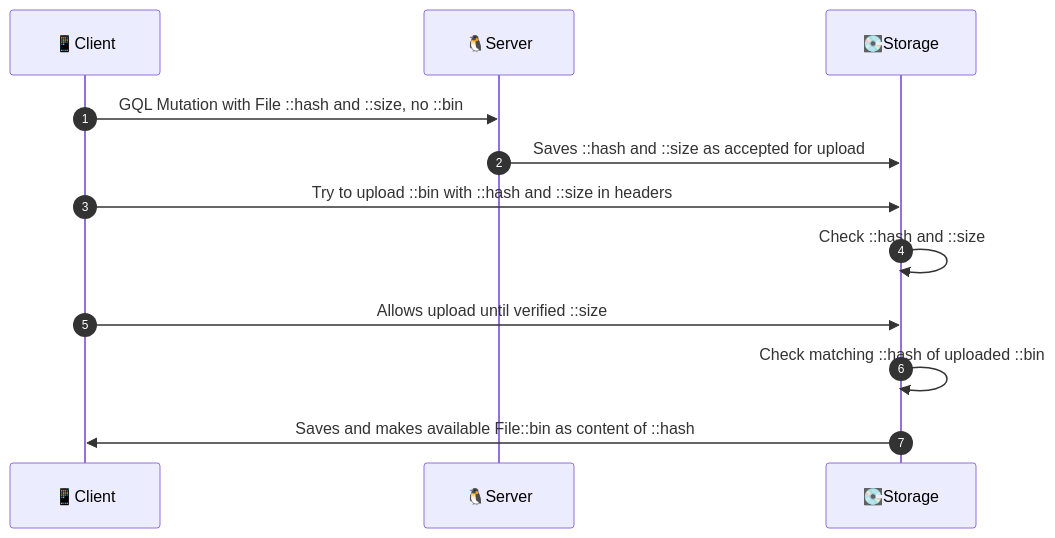
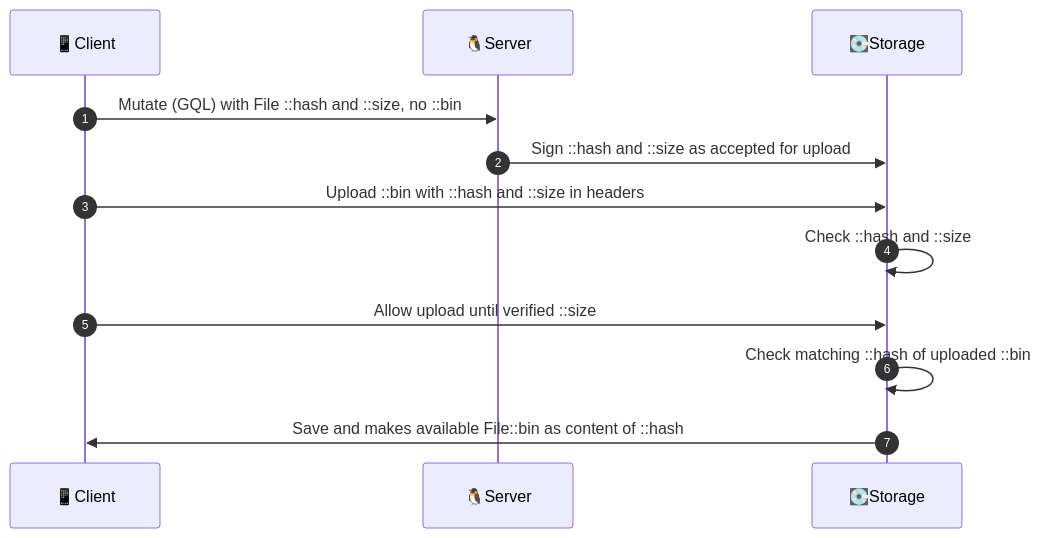
Before and after one commit to interfacerproject/zenflows-crypto: the second of 2 diagrams in README.md, drawn with Mermaid. The commit also changed other lines of this file, not shown here.

````diff
--- a/README.md
+++ b/README.md
@@ -96,14 +97,14 @@
 ```mermaid
 sequenceDiagram
 autonumber
   participant C as 📱Client
   participant S as 🐧Server
   participant F as 💽Storage
-  C->>S: GQL Mutation with File ::hash and ::size, no ::bin
-  S->>F: Saves ::hash and ::size as accepted for upload
-  C->>F: Try to upload ::bin with ::hash and ::size in headers
+  C->>S: Mutate (GQL) with File ::hash and ::size, no ::bin
+  S->>F: Sign ::hash and ::size as accepted for upload
+  C->>F: Upload ::bin with ::hash and ::size in headers
   F->>F: Check ::hash and ::size
-  C->>F: Allows upload until verified ::size
+  C->>F: Allow upload until verified ::size
   F->>F: Check matching ::hash of uploaded ::bin
-  F->>C: Saves and makes available File::bin as content of ::hash
+  F->>C: Save and makes available File::bin as content of ::hash
 ```
````
